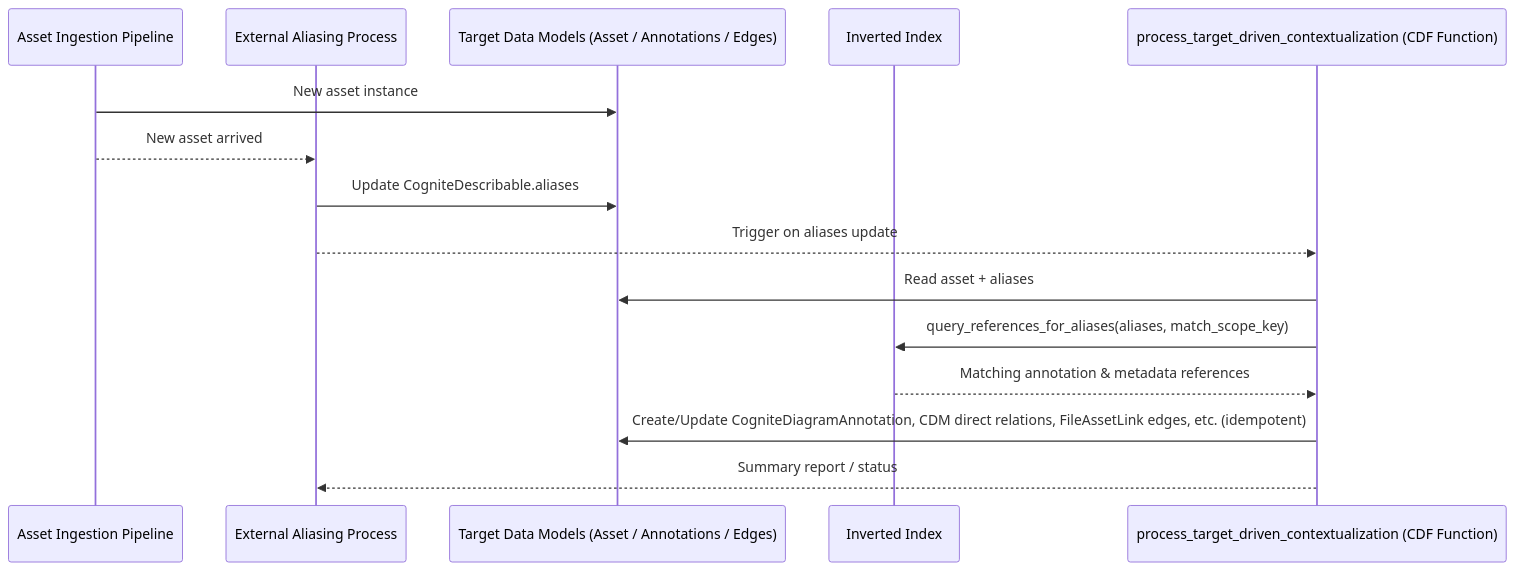
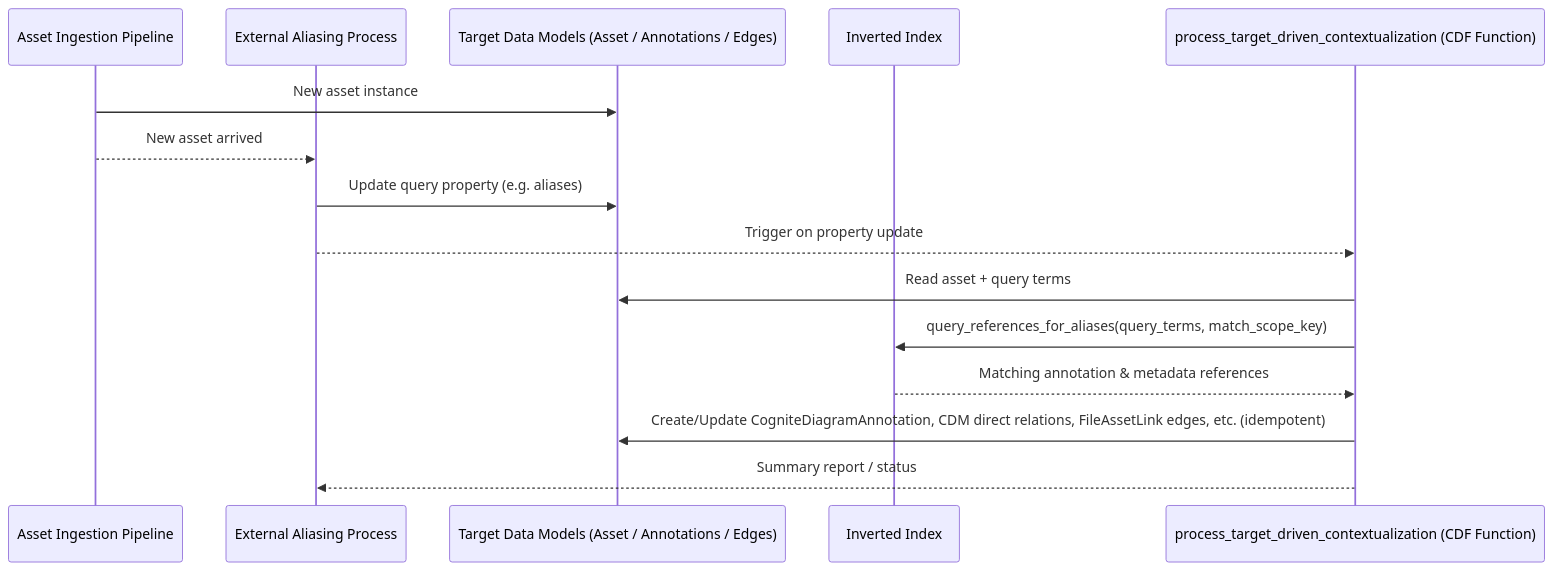
Before and after one commit to cognitedata/library: the third of 3 diagrams in modules/accelerators/contextualization/cdf_inverted_index_contextualization/docs/cdf_inverted_index_function_spec.md, drawn with Mermaid. The commit also changed other lines of this file and 157 other files, not shown here.

First line of the commit message:
feat(cdf_inverted_index): add incremental indexing, virtual tags, and target-driven flow

````diff
--- a/modules/accelerators/contextualization/cdf_inverted_index_contextualization/docs/cdf_inverted_index_function_spec.md
+++ b/modules/accelerators/contextualization/cdf_inverted_index_contextualization/docs/cdf_inverted_index_function_spec.md
@@ -1967,18 +2508,18 @@
 ```mermaid
 sequenceDiagram
     participant Ingestion as Asset Ingestion Pipeline
     participant Aliasing as External Aliasing Process
     participant DM as Target Data Models (Asset / Annotations / Edges)
     participant Index as Inverted Index
     participant TargetFunc as process_target_driven_contextualization (CDF Function)
 
     Ingestion->>DM: New asset instance
     Ingestion-->>Aliasing: New asset arrived
-    Aliasing->>DM: Update CogniteDescribable.aliases
-    Aliasing-->>TargetFunc: Trigger on aliases update
-    TargetFunc->>DM: Read asset + aliases
-    TargetFunc->>Index: query_references_for_aliases(aliases, match_scope_key)
+    Aliasing->>DM: Update query property (e.g. aliases)
+    Aliasing-->>TargetFunc: Trigger on property update
+    TargetFunc->>DM: Read asset + query terms
+    TargetFunc->>Index: query_references_for_aliases(query_terms, match_scope_key)
     Index-->>TargetFunc: Matching annotation & metadata references
     TargetFunc->>DM: Create/Update CogniteDiagramAnnotation, CDM direct relations, FileAssetLink edges, etc. (idempotent)
     TargetFunc-->>Aliasing: Summary report / status
 ```
````
